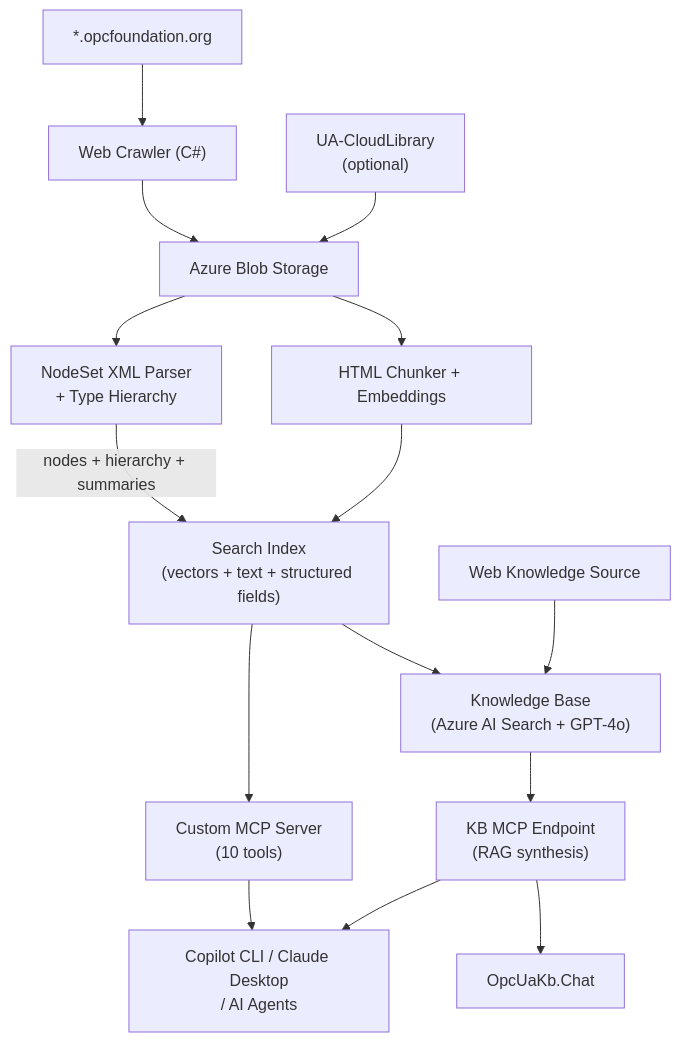
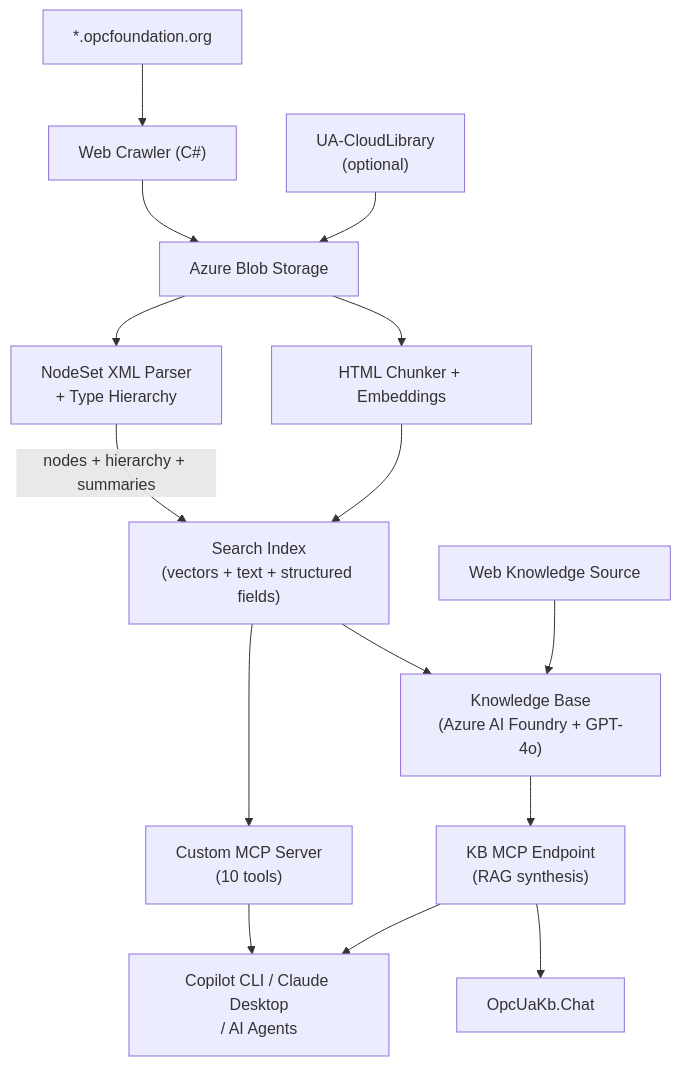
Before and after one commit to marcschier/OpcUaKb: the diagram in README.md, drawn with Mermaid. The commit also changed other lines of this file, not shown here.

First line of the commit message:
Update README for v3.0 Foundry migration and list_specs improvements

````diff
--- a/README.md
+++ b/README.md
@@ -13,17 +13,17 @@
 ```mermaid
 graph TD
     OPC["*.opcfoundation.org"] --> Crawler["Web Crawler (C#)"]
     CloudLib["UA-CloudLibrary<br/>(optional)"] --> Blob
     Crawler --> Blob["Azure Blob Storage"]
     Blob --> Chunker["HTML Chunker + Embeddings"]
     Blob --> NodeSet["NodeSet XML Parser<br/>+ Type Hierarchy"]
     Chunker --> Index["Search Index<br/>(vectors + text + structured fields)"]
     NodeSet --> |"nodes + hierarchy + summaries"| Index
-    Web["Web Knowledge Source"] --> KB["Knowledge Base<br/>(Azure AI Search + GPT-4o)"]
+    Web["Web Knowledge Source"] --> KB["Knowledge Base<br/>(Azure AI Foundry + GPT-4o)"]
     Index --> KB
     KB --> MCP1["KB MCP Endpoint<br/>(RAG synthesis)"]
     Index --> McpServer["Custom MCP Server<br/>(10 tools)"]
     MCP1 --> Clients["Copilot CLI / Claude Desktop<br/>/ AI Agents"]
     McpServer --> Clients
     MCP1 --> Chat["OpcUaKb.Chat"]
 ```
````
